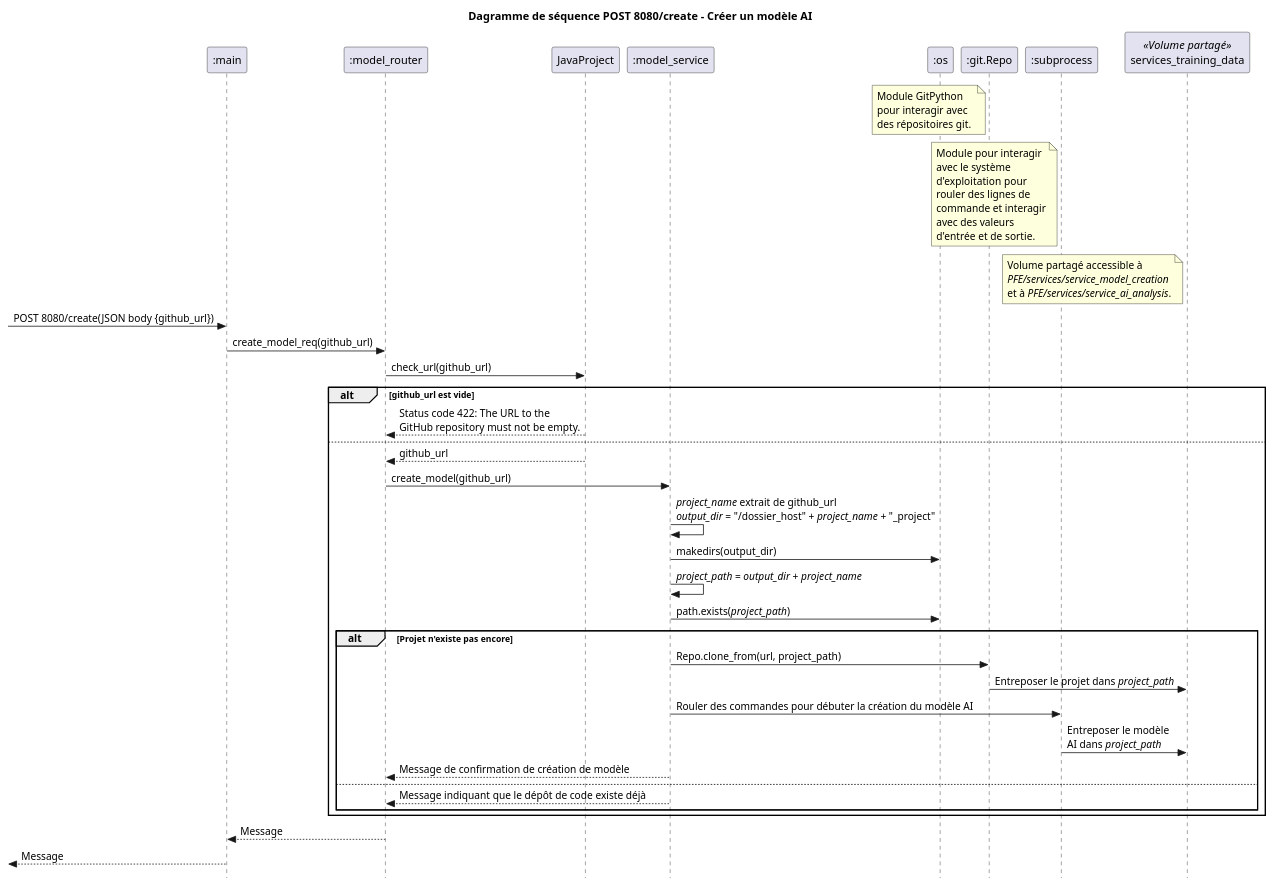
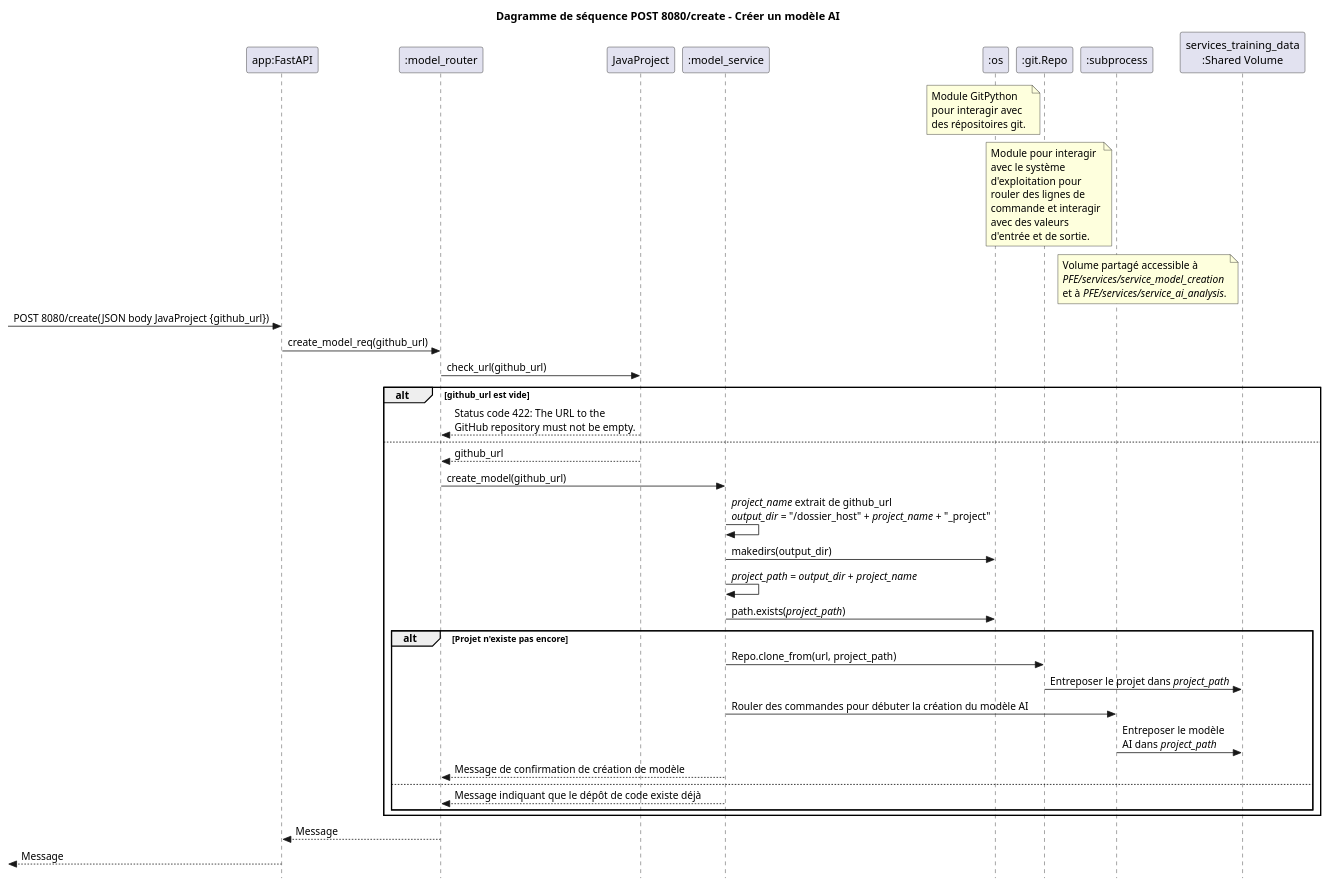
The diagram in artifacts/ds - POST 8080 create.puml (DaREf-MS/log-density-plugin), drawn with PlantUML before and after one commit. The commit also changed 2 other files, not shown here.

Commit message:
POST 8081/predict

```diff
--- a/artifacts/ds - POST 8080 create.puml
+++ b/artifacts/ds - POST 8080 create.puml
@@ -1,63 +1,64 @@
 @startuml
 title Dagramme de séquence POST 8080/create - Créer un modèle AI
 skinparam style strictuml
 
-participant ":main" as main
+participant "app:FastAPI" as app
 participant ":model_router" as model_router
 participant JavaProject
 participant ":model_service" as model_service
 participant ":os" as os
 participant ":git.Repo" as github
 note left of github
     Module GitPython
     pour interagir avec
     des répositoires git. 
 end note
 participant ":subprocess" as subprocess
 note left of subprocess
     Module pour interagir
     avec le système
     d'exploitation pour
     rouler des lignes de
     commande et interagir
     avec des valeurs
     d'entrée et de sortie.
 end note
-participant "services_training_data" as shared_volume <<Volume partagé>>
+participant "services_training_data\n:Shared Volume" as shared_volume
 note left of shared_volume
     Volume partagé accessible à
     //PFE/services/service_model_creation//
     et à //PFE/services/service_ai_analysis//.
 end note
 
--> main : POST 8080/create(JSON body {github_url})
+-> app : POST 8080/create(JSON body JavaProject {github_url})
 
-main -> model_router : create_model_req(github_url)
+app -> model_router : create_model_req(github_url)
 
 model_router -> JavaProject : check_url(github_url)
 alt github_url est vide
     JavaProject --> model_router : Status code 422: The URL to the\nGitHub repository must not be empty.
 else
     JavaProject --> model_router : github_url
     model_router -> model_service : create_model(github_url)
+
     model_service -> model_service : //project_name// extrait de github_url\n//output_dir// = "/dossier_host" + //project_name// + "_project"
     model_service -> os : makedirs(output_dir)
     model_service -> model_service : //project_path// = //output_dir// + //project_name//
 
     model_service -> os : path.exists(//project_path//)
     alt Projet n'existe pas encore
         model_service -> github : Repo.clone_from(url, project_path)
         github -> shared_volume : Entreposer le projet dans //project_path//
 
         model_service -> subprocess : Rouler des commandes pour débuter la création du modèle AI
         subprocess -> shared_volume : Entreposer le modèle\nAI dans //project_path//
 
         model_service --> model_router : Message de confirmation de création de modèle
     else
         model_service --> model_router : Message indiquant que le dépôt de code existe déjà
     end
 end
 
-model_router --> main : Message
-<-- main : Message
+model_router --> app : Message
+<-- app : Message
 @enduml
```
